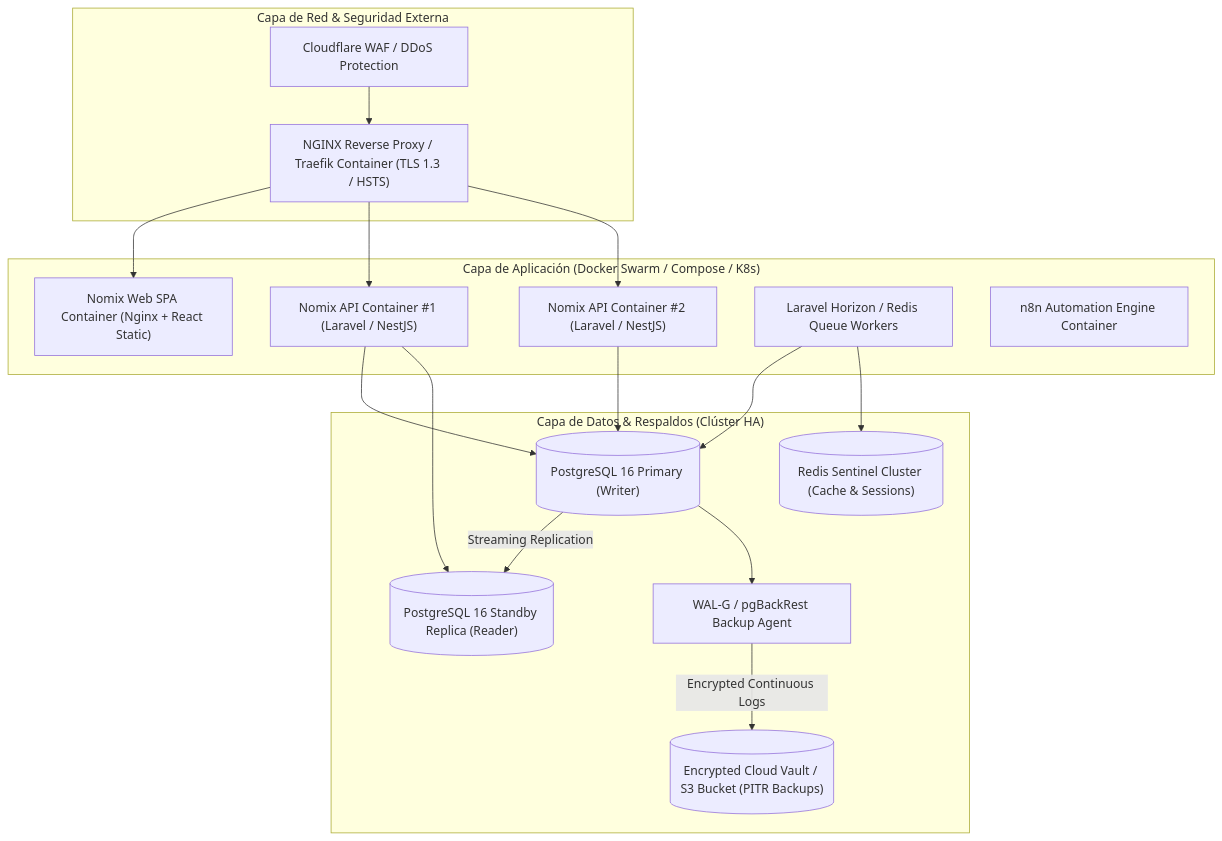
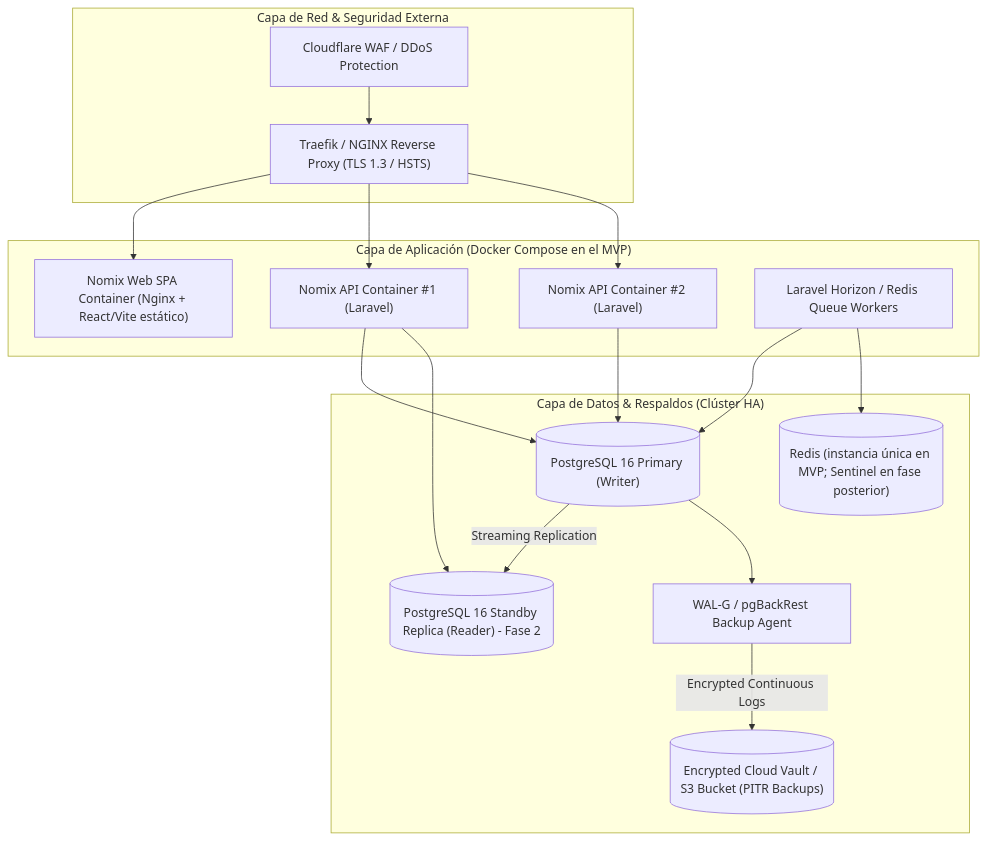
Before and after one commit to ba2sai/nomix: the diagram in docs/nomix/03_arquitectura_docker_seguridad_nomix.md, drawn with Mermaid. The commit also changed other lines of this file and 2 other files, not shown here.

Commit message:
docs(nomix): Close stack decisions and mark specs as ACCEPTED
Add decision record (00) and align 01 and 03 with the final stack:
Laravel 11 / PHP 8.3, React 18 + Vite SPA, Sanctum SPA + 2FA, PostgreSQL 16 RLS,
Docker Compose, KMS + blind index. n8n, DB replica and Redis Sentinel deferred.

Claude-Session: https://claude.ai/code/session_01N2nLwjtuSe9joyJWCDfapy

````diff
--- a/docs/nomix/03_arquitectura_docker_seguridad_nomix.md
+++ b/docs/nomix/03_arquitectura_docker_seguridad_nomix.md
@@ -13,36 +13,35 @@
 ```mermaid
 graph TD
     subgraph Proxy ["Capa de Red & Seguridad Externa"]
         CF["Cloudflare WAF / DDoS Protection"]
-        NGINX["NGINX Reverse Proxy / Traefik Container (TLS 1.3 / HSTS)"]
+        NGINX["Traefik / NGINX Reverse Proxy (TLS 1.3 / HSTS)"]
     end
 
-    subgraph AppCluster ["Capa de Aplicación (Docker Swarm / Compose / K8s)"]
-        API1["Nomix API Container #1 (Laravel / NestJS)"]
-        API2["Nomix API Container #2 (Laravel / NestJS)"]
-        FRONT["Nomix Web SPA Container (Nginx + React Static)"]
+    subgraph AppCluster ["Capa de Aplicación (Docker Compose en el MVP)"]
+        API1["Nomix API Container #1 (Laravel)"]
+        API2["Nomix API Container #2 (Laravel)"]
+        FRONT["Nomix Web SPA Container (Nginx + React/Vite estático)"]
         WORKER["Laravel Horizon / Redis Queue Workers"]
-        N8N["n8n Automation Engine Container"]
     end
 
     subgraph DataCluster ["Capa de Datos & Respaldos (Clúster HA)"]
         MASTER[("PostgreSQL 16 Primary (Writer)")]
-        REPLICA[("PostgreSQL 16 Standby Replica (Reader)")]
-        REDIS[("Redis Sentinel Cluster (Cache & Sessions)")]
+        REPLICA[("PostgreSQL 16 Standby Replica (Reader) - Fase 2")]
+        REDIS[("Redis (instancia única en MVP; Sentinel en fase posterior)")]
         WALG["WAL-G / pgBackRest Backup Agent"]
         S3[("Encrypted Cloud Vault / S3 Bucket (PITR Backups)")]
     end
 
     CF --> NGINX
     NGINX --> FRONT
     NGINX --> API1
     NGINX --> API2
     API1 --> MASTER
     API2 --> MASTER
     API1 --> REPLICA
     WORKER --> MASTER
     WORKER --> REDIS
     MASTER -->|Streaming Replication| REPLICA
     MASTER --> WALG
     WALG -->|Encrypted Continuous Logs| S3
 ```
````
